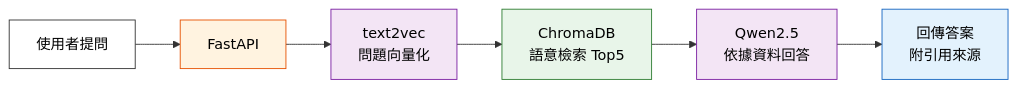
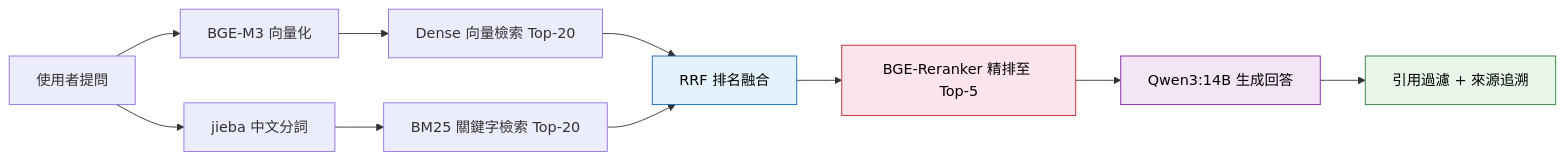
Before and after one commit to victorhi2005-lang/VoiceRAG: the second of 3 diagrams in README.md, drawn with Mermaid. The commit also changed other lines of this file, not shown here.

````diff
--- a/README.md
+++ b/README.md
@@ -187,15 +71,17 @@
 ```mermaid
 flowchart LR
-    A["使用者提問"] --> B["FastAPI"]
-    B --> C["text2vec\n問題向量化"]
-    C --> D["ChromaDB\n語意檢索 Top5"]
-    D --> E["Qwen2.5\n依據資料回答"]
-    E --> F["回傳答案\n附引用來源"]
+    A["使用者提問"] --> B["BGE-M3 向量化"]
+    B --> C["Dense 向量檢索 Top-20"]
+    A --> D["jieba 中文分詞"]
+    D --> E["BM25 關鍵字檢索 Top-20"]
+    C --> F["RRF 排名融合"]
+    E --> F
+    F --> G["BGE-Reranker 精排至 Top-5"]
+    G --> H["Qwen3:14B 生成回答"]
+    H --> I["引用過濾 + 來源追溯"]
 
-    style A fill:#FFFFFF,stroke:#333,color:#000
-    style B fill:#FFF3E0,stroke:#E65100,color:#000
-    style C fill:#F3E5F5,stroke:#7B1FA2,color:#000
-    style D fill:#E8F5E9,stroke:#2E7D32,color:#000
-    style E fill:#F3E5F5,stroke:#7B1FA2,color:#000
     style F fill:#E3F2FD,stroke:#1565C0,color:#000
+    style G fill:#FCE4EC,stroke:#C62828,color:#000
+    style H fill:#F3E5F5,stroke:#7B1FA2,color:#000
+    style I fill:#E8F5E9,stroke:#2E7D32,color:#000
 ```
````
